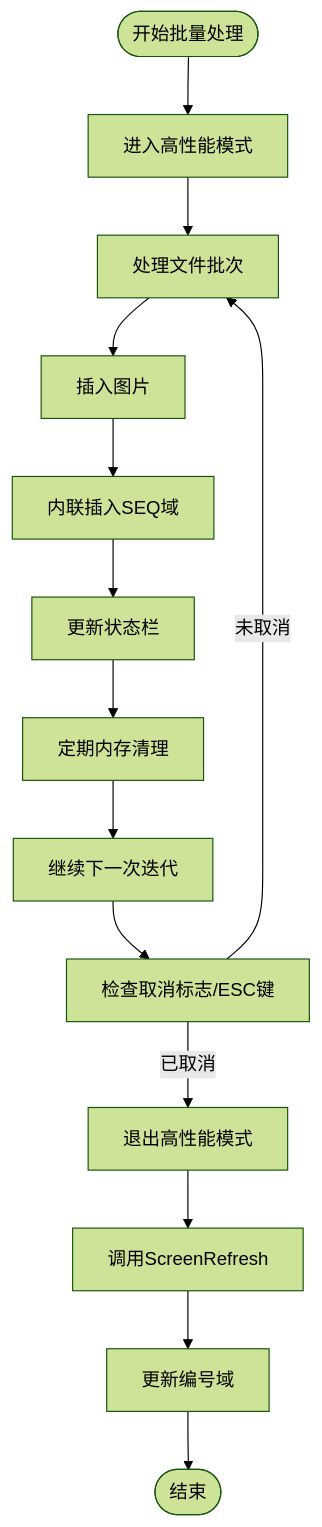
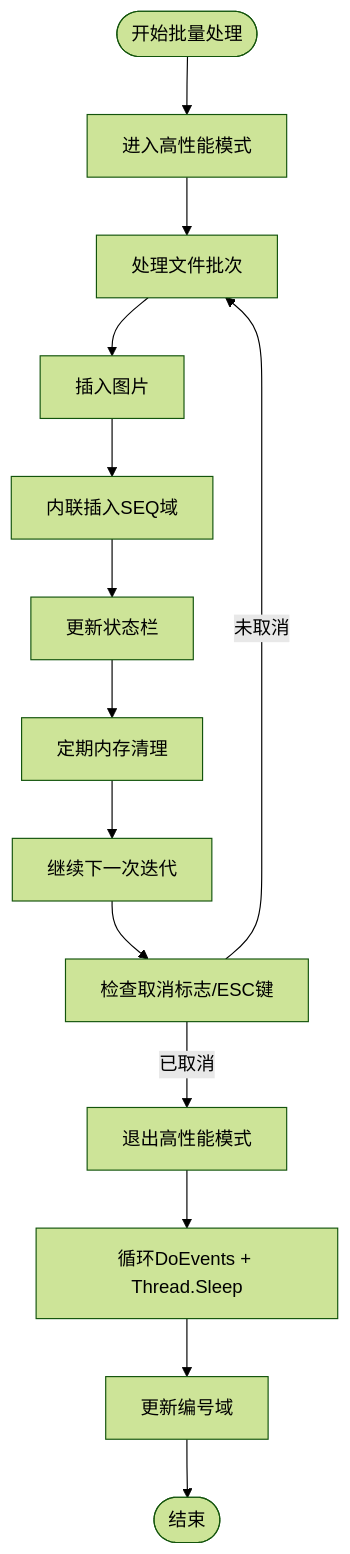
One commit to rainiva/WordTools changed the fourth of 8 diagrams in .qoder/repowiki/zh/content/服务层/进度服务.md. Above: the diagram before and after it, drawn with Mermaid (forest theme). The commit also changed other lines of this file and 5 other files, not shown here.

````diff
--- a/.qoder/repowiki/zh/content/服务层/进度服务.md
+++ b/.qoder/repowiki/zh/content/服务层/进度服务.md
@@ -235,16 +236,16 @@
 ```mermaid
 flowchart TD
 Start(["开始批量处理"]) --> EnterPerformanceMode["进入高性能模式"]
 EnterPerformanceMode --> ProcessFiles["处理文件批次"]
 ProcessFiles --> InsertImage["插入图片"]
 InsertImage --> InsertSeqField["内联插入SEQ域"]
 InsertSeqField --> UpdateProgress["更新状态栏"]
 UpdateProgress --> MemoryCleanup["定期内存清理"]
 MemoryCleanup --> NextIter["继续下一次迭代"]
 NextIter --> CheckCancel["检查取消标志/ESC键"]
 CheckCancel --> |未取消| ProcessFiles
 CheckCancel --> |已取消| ExitPerformanceMode["退出高性能模式"]
-ExitPerformanceMode --> ScreenRefresh["调用ScreenRefresh"]
-ScreenRefresh --> UpdateFields["更新编号域"]
+ExitPerformanceMode --> LoopDoEvents["循环DoEvents + Thread.Sleep"]
+LoopDoEvents --> UpdateFields["更新编号域"]
 UpdateFields --> End(["结束"])
 ```
````
